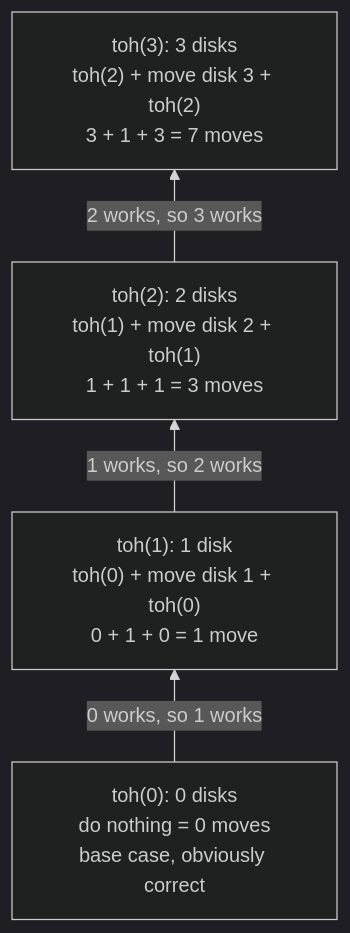
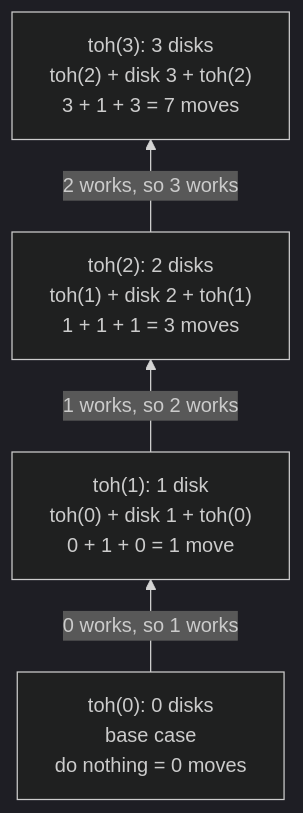
Before and after one commit to arpit-cts/do_dsa: the second of 2 diagrams in dsa/recursion/tower-of-hanoi/README.md, drawn with Mermaid (dark theme). The commit also changed other lines of this file and 1 other file, not shown here.

````diff
--- a/dsa/recursion/tower-of-hanoi/README.md
+++ b/dsa/recursion/tower-of-hanoi/README.md
@@ -439,10 +444,10 @@
 ```mermaid
 flowchart BT
-    L0["toh(0): 0 disks<br/>do nothing = 0 moves<br/>base case, obviously correct"]
-    L1["toh(1): 1 disk<br/>toh(0) + move disk 1 + toh(0)<br/>0 + 1 + 0 = 1 move"]
-    L2["toh(2): 2 disks<br/>toh(1) + move disk 2 + toh(1)<br/>1 + 1 + 1 = 3 moves"]
-    L3["toh(3): 3 disks<br/>toh(2) + move disk 3 + toh(2)<br/>3 + 1 + 3 = 7 moves"]
+    L0["toh(0): 0 disks<br/>base case<br/>do nothing = 0 moves"]
+    L1["toh(1): 1 disk<br/>toh(0) + disk 1 + toh(0)<br/>0 + 1 + 0 = 1 move"]
+    L2["toh(2): 2 disks<br/>toh(1) + disk 2 + toh(1)<br/>1 + 1 + 1 = 3 moves"]
+    L3["toh(3): 3 disks<br/>toh(2) + disk 3 + toh(2)<br/>3 + 1 + 3 = 7 moves"]
     L0 -->|"0 works, so 1 works"| L1
     L1 -->|"1 works, so 2 works"| L2
     L2 -->|"2 works, so 3 works"| L3
 ```
````
